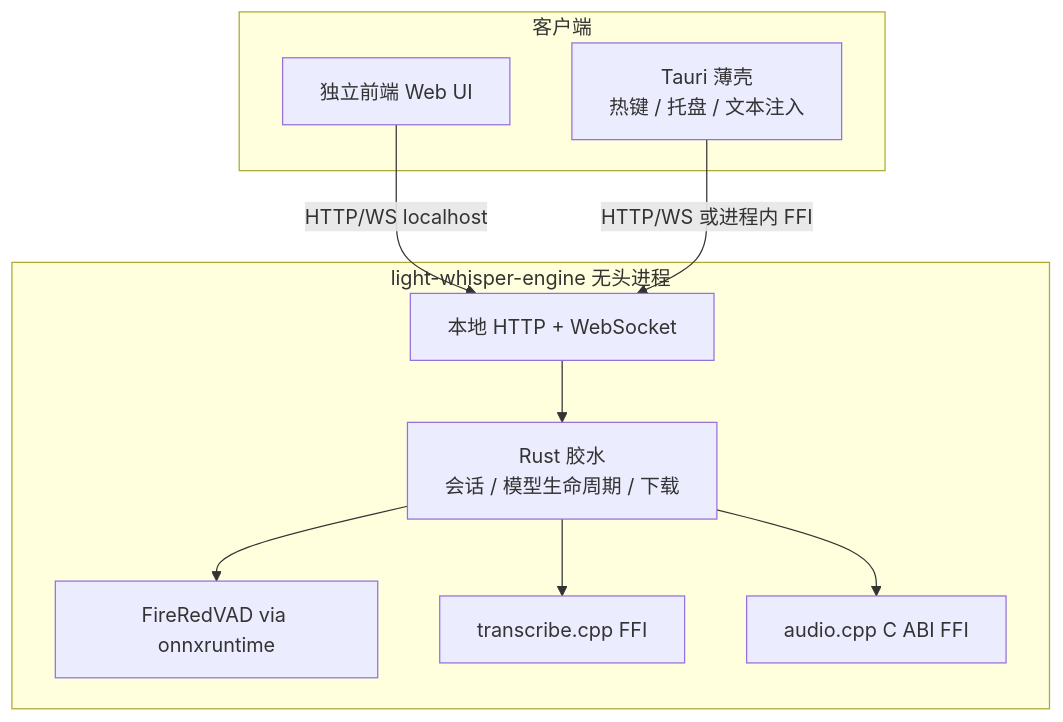
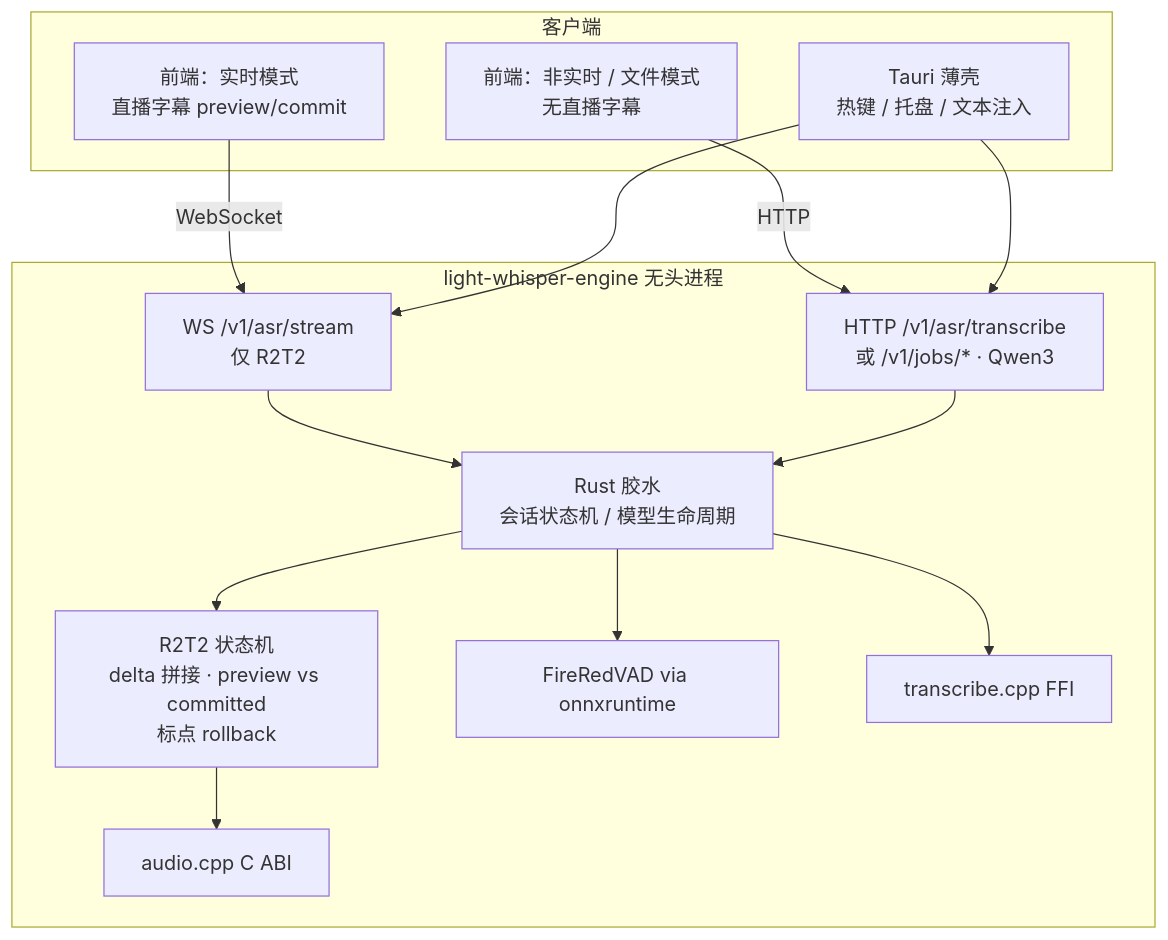
The diagram in docs/command-cube/PLAN.md (SenkjM/light-whisper), drawn with Mermaid before and after one commit. The commit also changed other lines of this file, not shown here.

First line of the commit message:
docs(command-cube): clarify dual-engine realtime vs batch modes

````diff
--- a/docs/command-cube/PLAN.md
+++ b/docs/command-cube/PLAN.md
@@ -63,22 +65,28 @@
 ```mermaid
 flowchart TB
   subgraph clients [客户端]
-    WebUI[独立前端 Web UI]
+    WebLive[前端：实时模式<br/>直播字幕 preview/commit]
+    WebBatch[前端：非实时 / 文件模式<br/>无直播字幕]
     TauriShell[Tauri 薄壳<br/>热键 / 托盘 / 文本注入]
   end
 
   subgraph engine [light-whisper-engine 无头进程]
-    API[本地 HTTP + WebSocket]
-    RustGlue[Rust 胶水<br/>会话 / 模型生命周期 / 下载]
+    WS["WS /v1/asr/stream<br/>仅 R2T2"]
+    HTTP["HTTP /v1/asr/transcribe<br/>或 /v1/jobs/* · Qwen3"]
+    RustGlue[Rust 胶水<br/>会话状态机 / 模型生命周期]
+    SM[R2T2 状态机<br/>delta 拼接 · preview vs committed<br/>标点 rollback]
     VAD[FireRedVAD via onnxruntime]
+    R2T2[audio.cpp C ABI]
     Qwen[transcribe.cpp FFI]
-    R2T2[audio.cpp C ABI FFI]
-    API --> RustGlue
+    WS --> RustGlue
+    HTTP --> RustGlue
+    RustGlue --> SM --> R2T2
     RustGlue --> VAD
     RustGlue --> Qwen
-    RustGlue --> R2T2
   end
 
-  WebUI -->|HTTP/WS localhost| API
-  TauriShell -->|HTTP/WS 或进程内 FFI| API
+  WebLive -->|WebSocket| WS
+  WebBatch -->|HTTP| HTTP
+  TauriShell --> WS
+  TauriShell --> HTTP
 ```
````
